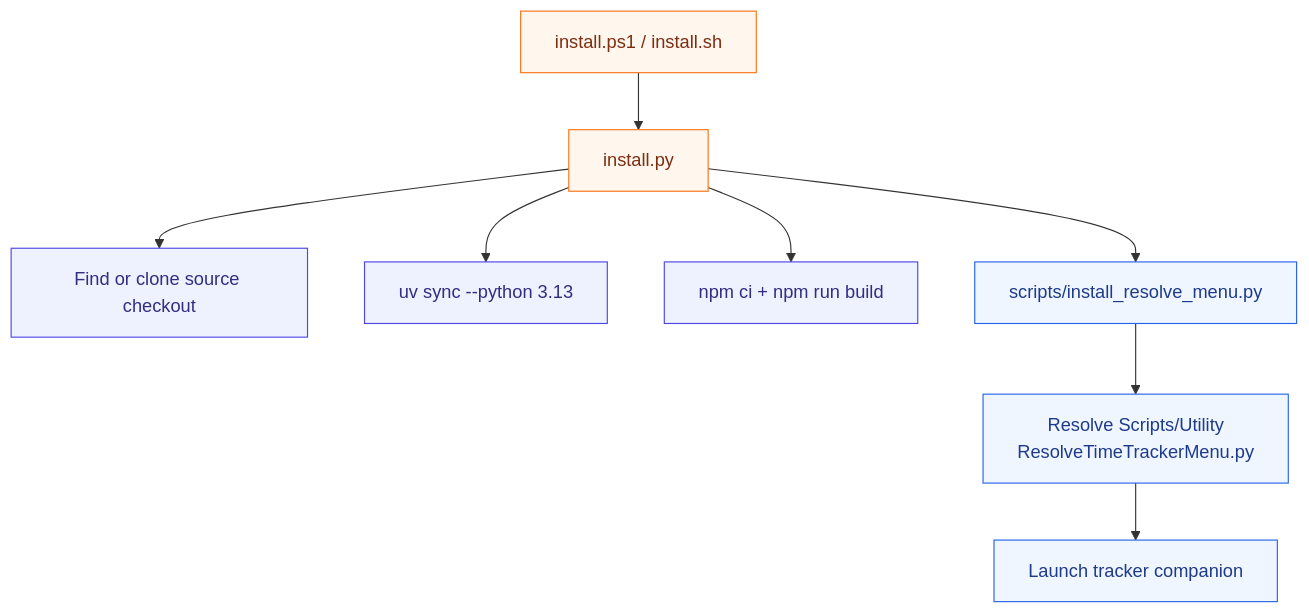
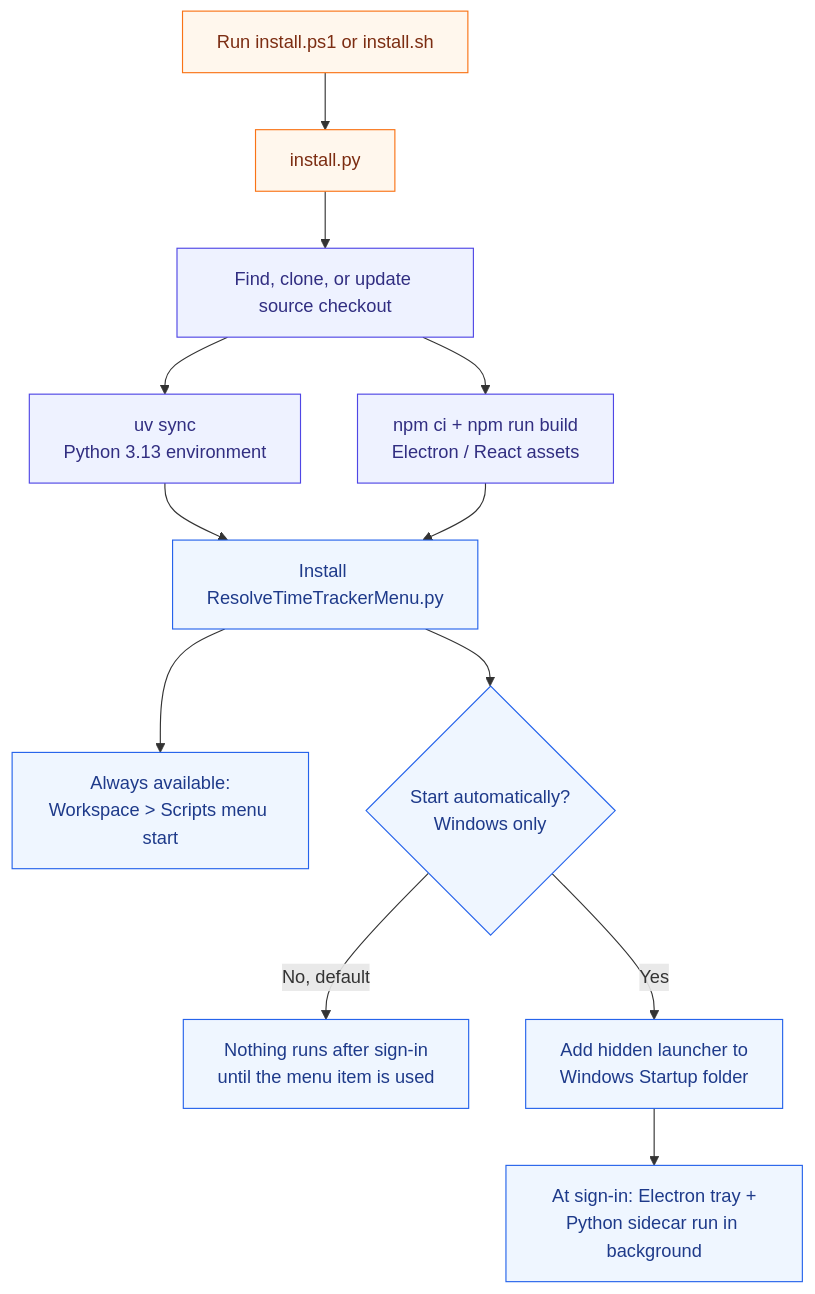
One commit to Today20092/Davinci-Resolve-TimeTracker changed the second of 2 diagrams in README.md. Above: the diagram before and after it, drawn with Mermaid. The commit also changed other lines of this file, not shown here.

Commit message:
Clarify launcher, desktop, and backend architecture in README

````diff
--- a/README.md
+++ b/README.md
@@ -198,18 +198,22 @@
 ```mermaid
 flowchart TD
-  Install["install.ps1 / install.sh"] --> Installer["install.py"]
-  Installer --> Source["Find or clone source checkout"]
-  Installer --> Python["uv sync --python 3.13"]
-  Installer --> Frontend["npm ci + npm run build"]
-  Installer --> MenuInstall["scripts/install_resolve_menu.py"]
-  MenuInstall --> Launcher["Resolve Scripts/Utility<br/>ResolveTimeTrackerMenu.py"]
-  Launcher --> Companion["Launch tracker companion"]
+  Install["Run install.ps1 or install.sh"] --> Installer["install.py"]
+  Installer --> Source["Find, clone, or update source checkout"]
+  Source --> Python["uv sync<br/>Python 3.13 environment"]
+  Source --> Frontend["npm ci + npm run build<br/>Electron / React assets"]
+  Python --> MenuInstall["Install ResolveTimeTrackerMenu.py"]
+  Frontend --> MenuInstall
+  MenuInstall --> Menu["Always available:<br/>Workspace > Scripts menu start"]
+  MenuInstall --> Choice{"Start automatically?<br/>Windows only"}
+  Choice -->|No, default| Off["Nothing runs after sign-in<br/>until the menu item is used"]
+  Choice -->|Yes| Startup["Add hidden launcher to<br/>Windows Startup folder"]
+  Startup --> Background["At sign-in: Electron tray +<br/>Python sidecar run in background"]
 
   classDef bootstrap fill:#fff7ed,stroke:#f97316,color:#7c2d12
   classDef setup fill:#eef2ff,stroke:#4f46e5,color:#312e81
   classDef resolve fill:#eff6ff,stroke:#2563eb,color:#1e3a8a
 
   class Install,Installer bootstrap
   class Source,Python,Frontend setup
-  class MenuInstall,Launcher,Companion resolve
+  class MenuInstall,Menu,Choice,Off,Startup,Background resolve
 ```
````
